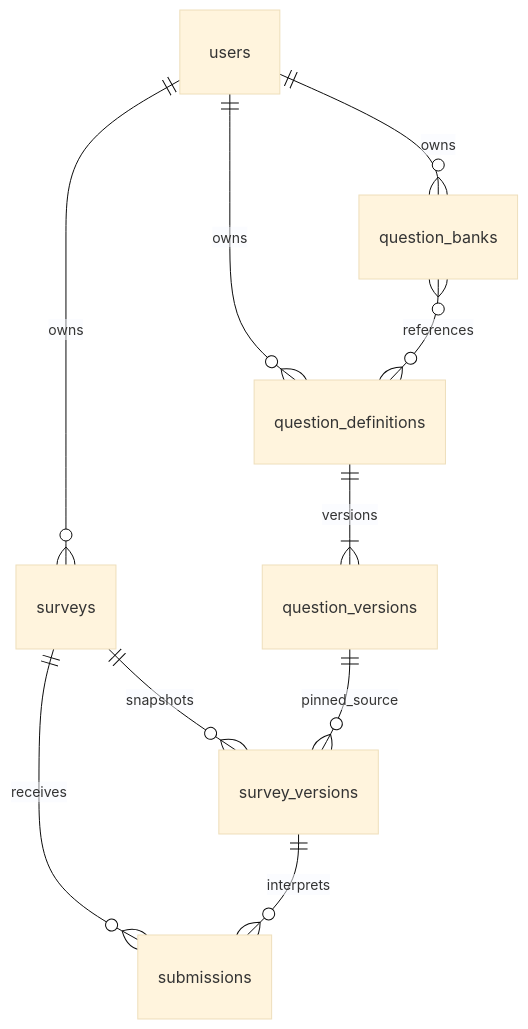
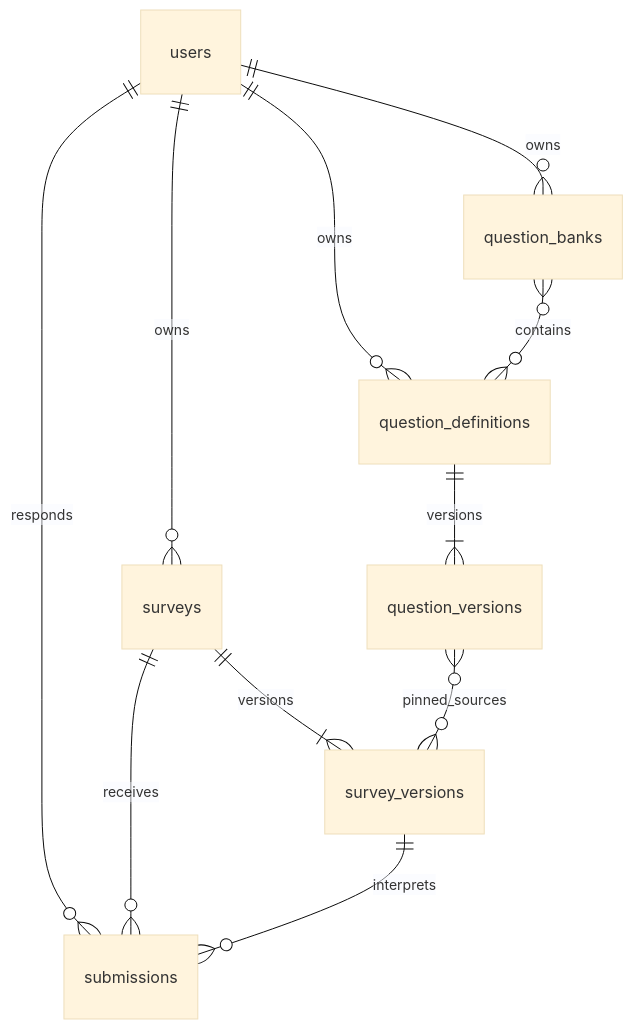
The diagram in docs/database-design.md (Luli3220/Dase_DataBase_Porject_I), drawn with Mermaid (base theme) before and after one commit. The commit also changed other lines of this file and 65 other files, not shown here.

````diff
--- a/docs/database-design.md
+++ b/docs/database-design.md
@@ -73,12 +33,13 @@
 ```mermaid
 erDiagram
  users ||--o{ surveys : owns
- surveys ||--o{ survey_versions : snapshots
+ users ||--o{ submissions : responds
+ surveys ||--|{ survey_versions : versions
  surveys ||--o{ submissions : receives
  users ||--o{ question_definitions : owns
  question_definitions ||--|{ question_versions : versions
  users ||--o{ question_banks : owns
- question_banks }o--o{ question_definitions : references
- question_versions ||--o{ survey_versions : pinned_source
+ question_banks }o--o{ question_definitions : contains
+ question_versions }o--o{ survey_versions : pinned_sources
  survey_versions ||--o{ submissions : interprets
 ```
````
